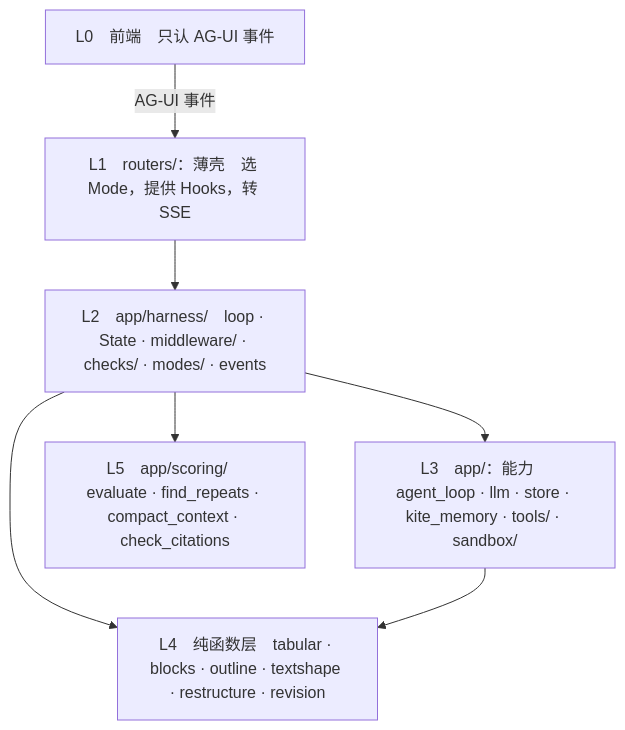
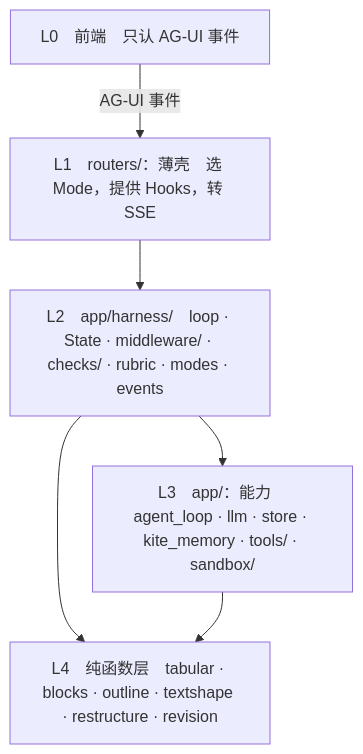
Before and after one commit to huilongbaba/MEMOKET_NOTE: the second of 2 diagrams in docs/harness-framework.md, drawn with Mermaid. The commit also changed other lines of this file and 43 other files, not shown here.

First line of the commit message:
refactor: scoring 并进 harness；两半判据共用的维度词表对齐

````diff
--- a/docs/harness-framework.md
+++ b/docs/harness-framework.md
@@ -1685,16 +1723,15 @@
 ```mermaid
 flowchart TD
     L0["L0　前端　只认 AG-UI 事件"]
     L1["L1　routers/：薄壳　选 Mode，提供 Hooks，转 SSE"]
-    L2["L2　app/harness/　loop · State · middleware/ · checks/ · modes/ · events"]
+    L2["L2　app/harness/　loop · State · middleware/ · checks/ · rubric · modes · events"]
     L3["L3　app/：能力　agent_loop · llm · store · kite_memory · tools/ · sandbox/"]
     L4["L4　纯函数层　tabular · blocks · outline · textshape · restructure · revision"]
-    L5["L5　app/scoring/　evaluate · find_repeats · compact_context · check_citations"]
+
 
     L0 -->|AG-UI 事件| L1
     L1 --> L2
     L2 --> L3
     L2 --> L4
-    L2 --> L5
     L3 --> L4
 ```
````
